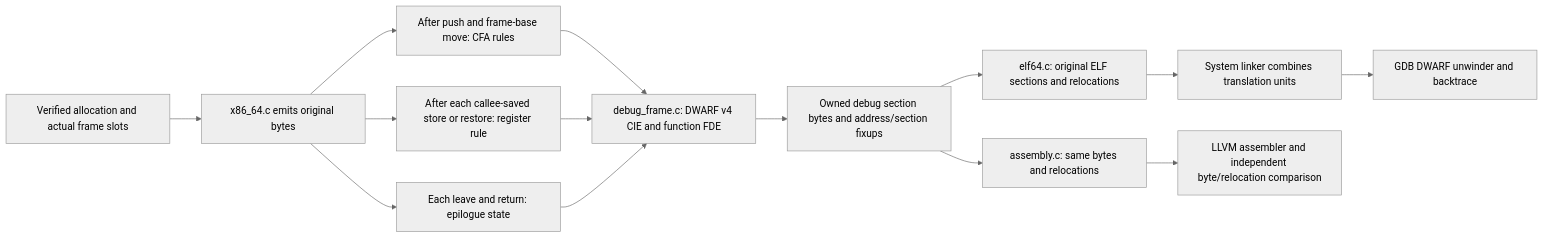
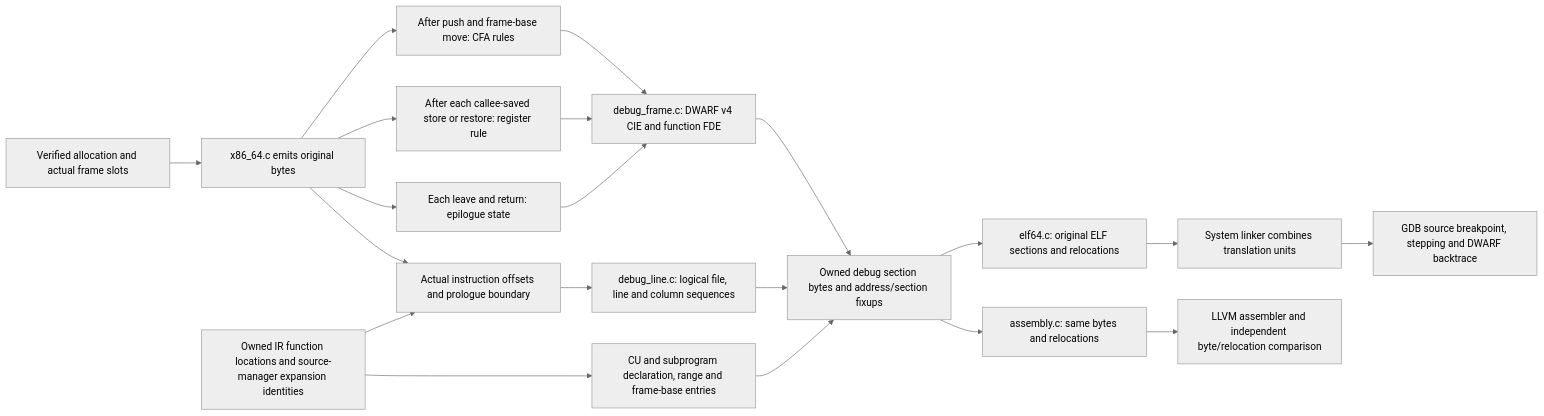
The diagram in docs/diagrams/debug-frame.mmd (Aneesh495/cinder), drawn with Mermaid (neutral theme) before and after one commit. The commit also changed 30 other files, not shown here.

Commit message:
Emit instruction-bound source lines and DWARF function entries

```diff
--- a/docs/diagrams/debug-frame.mmd
+++ b/docs/diagrams/debug-frame.mmd
@@ -1,14 +1,20 @@
 flowchart LR
     RA[Verified allocation and actual frame slots] --> E[x86_64.c emits original bytes]
     E --> P[After push and frame-base move: CFA rules]
     E --> S[After each callee-saved store or restore: register rule]
     E --> R[Each leave and return: epilogue state]
     P --> F[debug_frame.c: DWARF v4 CIE and function FDE]
     S --> F
     R --> F
     F --> O[Owned debug section bytes and address/section fixups]
+    H[Owned IR function locations and source-manager expansion identities] --> ROW[Actual instruction offsets and prologue boundary]
+    E --> ROW
+    ROW --> LINE[debug_line.c: logical file, line and column sequences]
+    H --> DIE[CU and subprogram declaration, range and frame-base entries]
+    LINE --> O
+    DIE --> O
     O --> ELF[elf64.c: original ELF sections and relocations]
     O --> ASM[assembly.c: same bytes and relocations]
     ELF --> LINK[System linker combines translation units]
-    LINK --> G[GDB DWARF unwinder and backtrace]
+    LINK --> G[GDB source breakpoint, stepping and DWARF backtrace]
     ASM --> CHECK[LLVM assembler and independent byte/relocation comparison]
```
